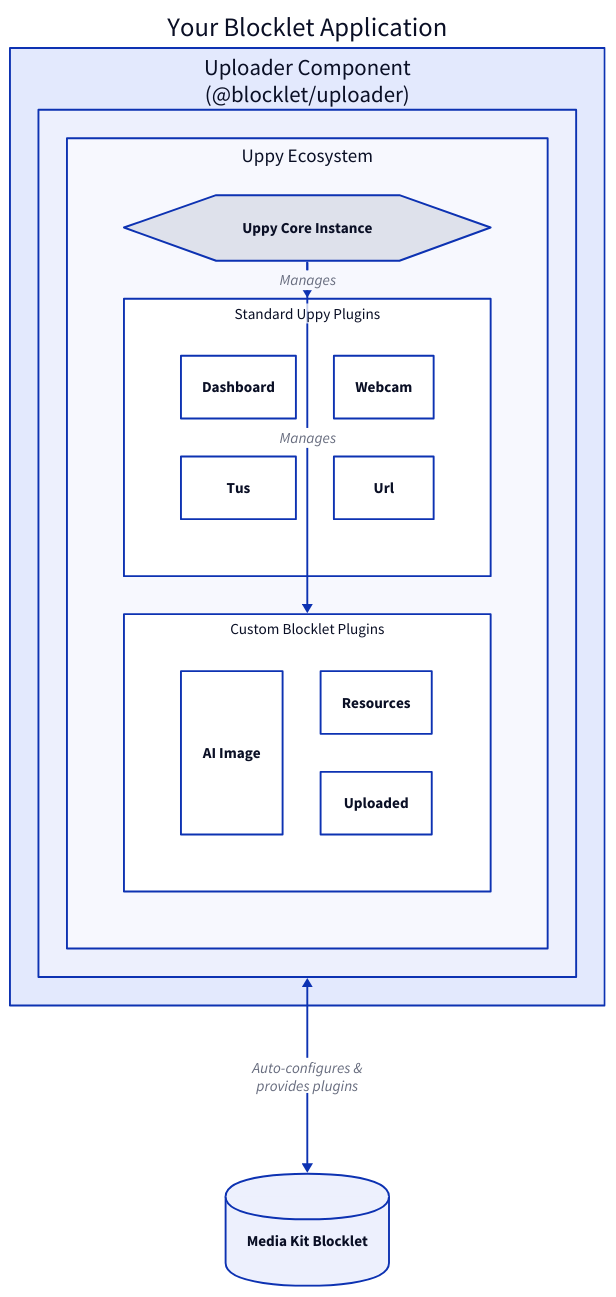
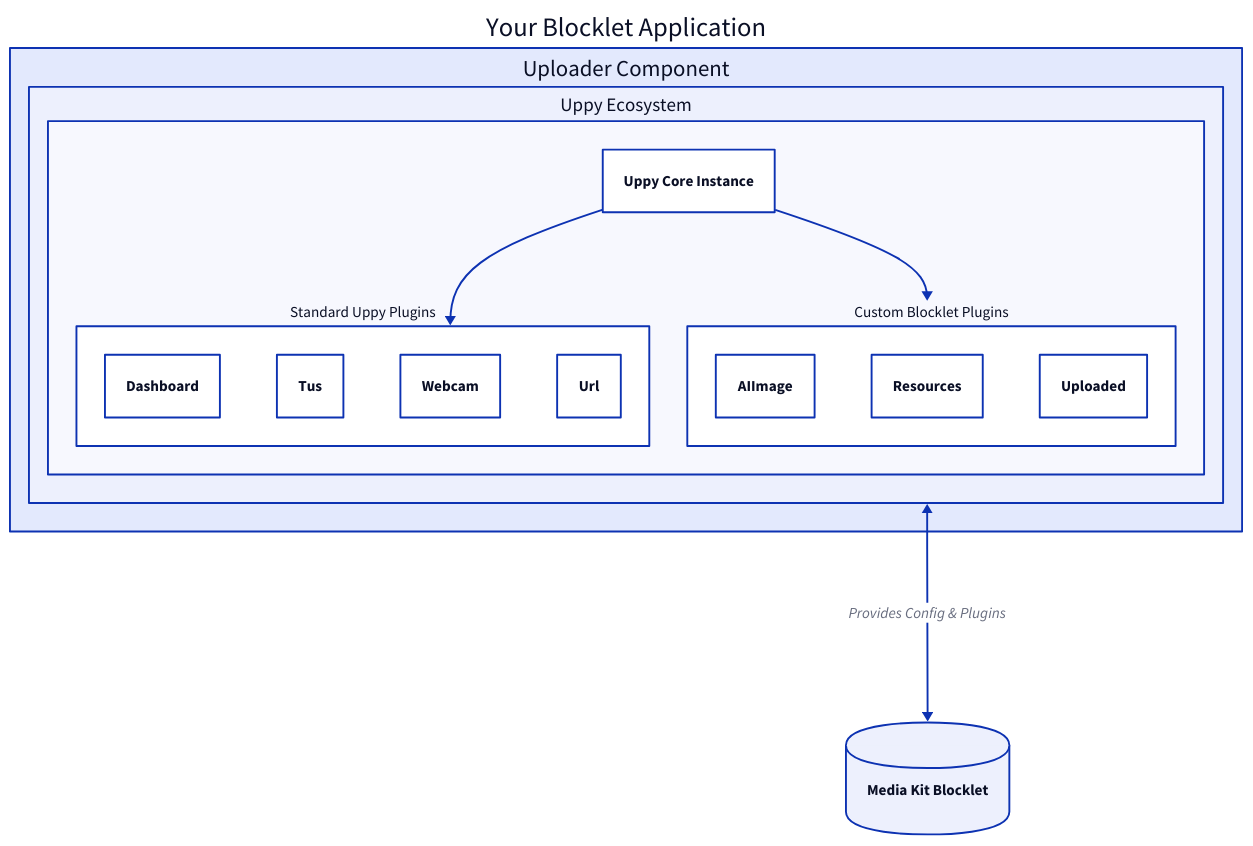
One commit to blocklet/media-kit changed the diagram in .aigne/doc-smith/docs/api-reference-uploader.md. Above: the diagram before and after it, drawn with D2. The commit also changed other lines of this file and 25 other files, not shown here.

````diff
--- a/.aigne/doc-smith/docs/api-reference-uploader.md
+++ b/.aigne/doc-smith/docs/api-reference-uploader.md
@@ -11,52 +11,48 @@
-```d2
+```d2 Component Architecture icon=mdi:sitemap
 direction: down
 
 blocklet-app: {
   label: "Your Blocklet Application"
   shape: rectangle
 
   uploader-component: {
-    label: "Uploader Component\n(@blocklet/uploader)"
+    label: "Uploader Component"
     shape: rectangle
 
     uppy-ecosystem: {
       label: "Uppy Ecosystem"
       shape: rectangle
-      grid-columns: 1
 
       uppy-core: {
         label: "Uppy Core Instance"
-        shape: hexagon
       }
 
       standard-plugins: {
         label: "Standard Uppy Plugins"
         shape: rectangle
-        grid-columns: 2
         Dashboard: {}
         Tus: {}
         Webcam: {}
         Url: {}
       }
 
       custom-plugins: {
         label: "Custom Blocklet Plugins"
         shape: rectangle
-        grid-columns: 2
-        AIImage: { label: "AI Image" }
+        AIImage: {}
         Resources: {}
         Uploaded: {}
       }
     }
   }
 }
 
 media-kit: {
   label: "Media Kit Blocklet"
   shape: cylinder
 }
 
-blocklet-app.uploader-component.uppy-ecosystem.uppy-core -> blocklet-app.uploader-component.uppy-ecosystem.standard-plugins: "Manages"
-blocklet-app.uploader-component.uppy-ecosystem.uppy-core -> blocklet-app.uploader-component.uppy-ecosystem.custom-plugins: "Manages"
-blocklet-app.uploader-component <-> media-kit: "Auto-configures &\nprovides plugins"
+blocklet-app.uploader-component.uppy-ecosystem.uppy-core -> blocklet-app.uploader-component.uppy-ecosystem.standard-plugins
+blocklet-app.uploader-component.uppy-ecosystem.uppy-core -> blocklet-app.uploader-component.uppy-ecosystem.custom-plugins
+blocklet-app.uploader-component <-> media-kit: "Provides Config & Plugins"
 ```
````
